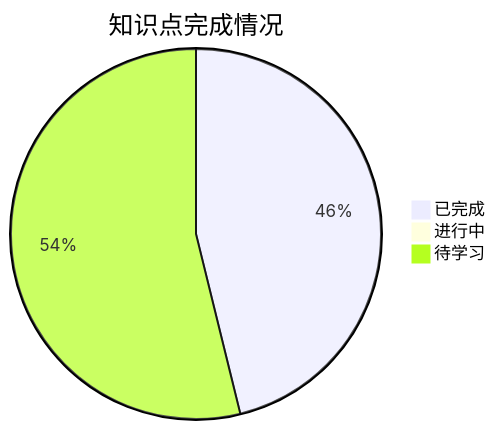
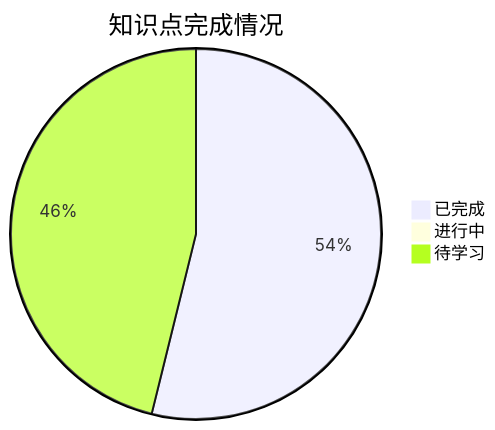
The diagram in 考研数学/高数-一元微分学/一元微分学的概念/📊 学习进度.md (Treasoni/kaoyan), drawn with Mermaid before and after one commit. The commit also changed other lines of this file and 12 other files, not shown here.

````diff
--- a/考研数学/高数-一元微分学/一元微分学的概念/📊 学习进度.md
+++ b/考研数学/高数-一元微分学/一元微分学的概念/📊 学习进度.md
@@ -13,6 +13,6 @@
 ```mermaid
 pie title 知识点完成情况
-    "已完成" : 6
+    "已完成" : 7
     "进行中" : 0
-    "待学习" : 7
+    "待学习" : 6
 ```
````
